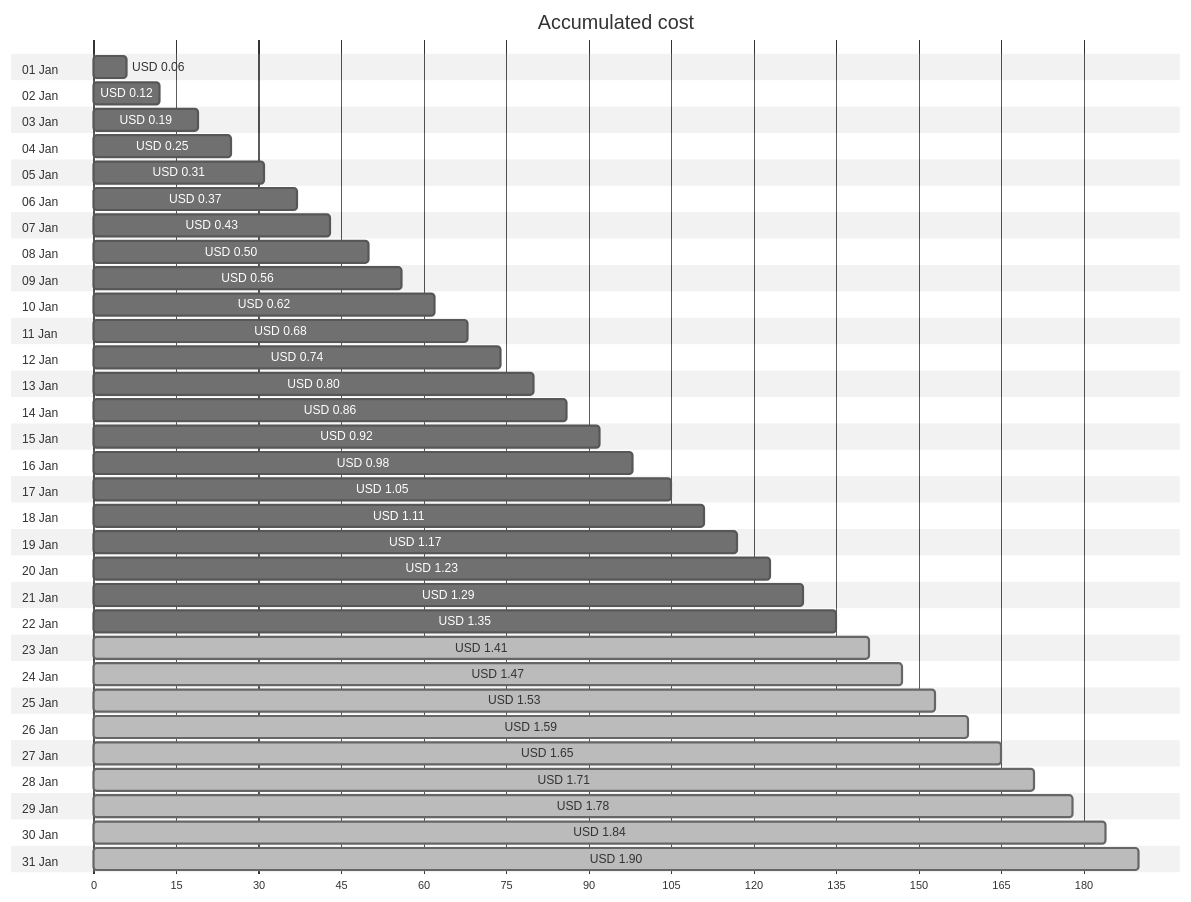
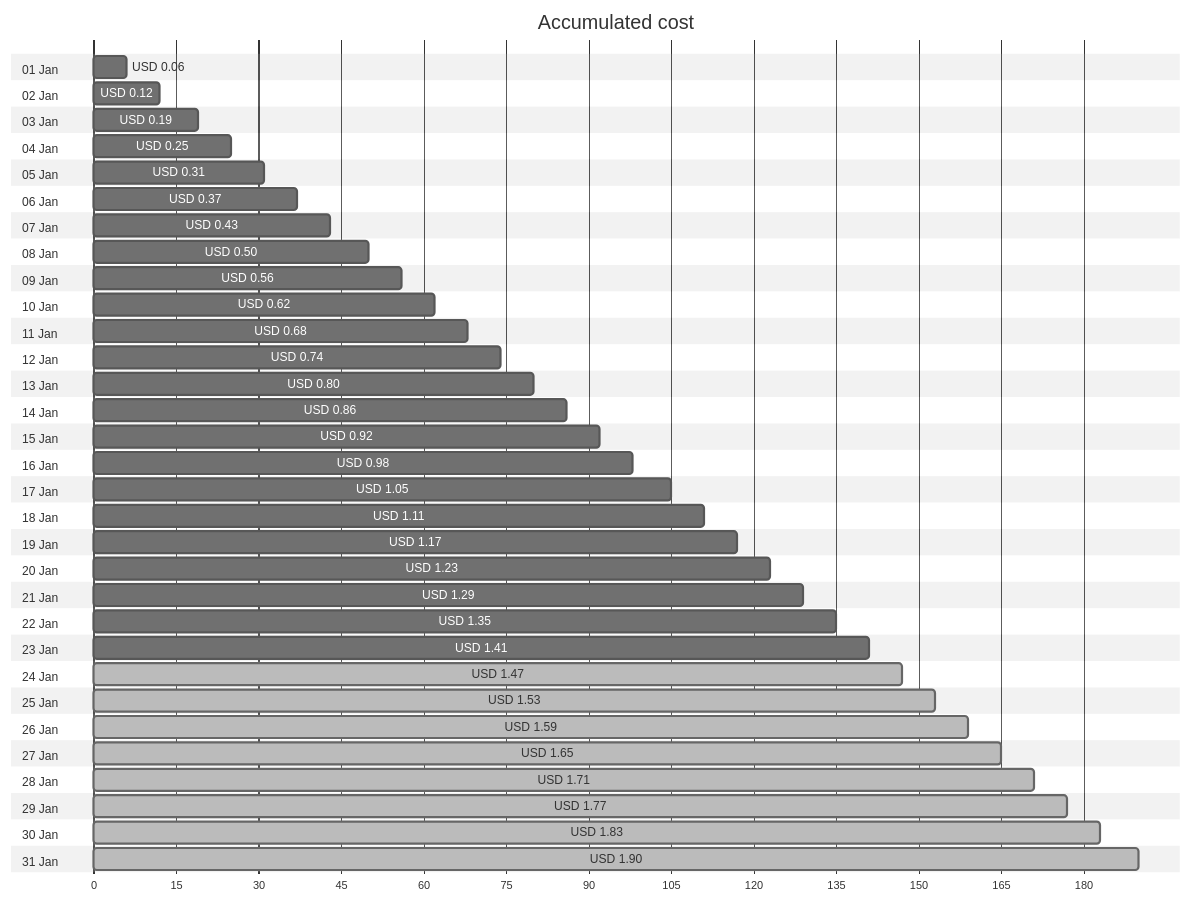
Before and after one commit to jpfulton/azure-personal-reports: the first of 4 diagrams in cost-reports/personal-network/backup-server_OsDisk.md, drawn with Mermaid (neutral theme). The commit also changed other lines of this file and 8 other files, not shown here.

````diff
--- a/cost-reports/personal-network/backup-server_OsDisk.md
+++ b/cost-reports/personal-network/backup-server_OsDisk.md
@@ -20,68 +20,68 @@
 ```mermaid
 gantt
    title Accumulated cost
    dateFormat  X
    axisFormat %s
    section 01 Jan
    USD 0.06 :0, 6
    section 02 Jan
    USD 0.12 :0, 12
    section 03 Jan
    USD 0.19 :0, 19
    section 04 Jan
    USD 0.25 :0, 25
    section 05 Jan
    USD 0.31 :0, 31
    section 06 Jan
    USD 0.37 :0, 37
    section 07 Jan
    USD 0.43 :0, 43
    section 08 Jan
    USD 0.50 :0, 50
    section 09 Jan
    USD 0.56 :0, 56
    section 10 Jan
    USD 0.62 :0, 62
    section 11 Jan
    USD 0.68 :0, 68
    section 12 Jan
    USD 0.74 :0, 74
    section 13 Jan
    USD 0.80 :0, 80
    section 14 Jan
    USD 0.86 :0, 86
    section 15 Jan
    USD 0.92 :0, 92
    section 16 Jan
    USD 0.98 :0, 98
    section 17 Jan
    USD 1.05 :0, 105
    section 18 Jan
    USD 1.11 :0, 111
    section 19 Jan
    USD 1.17 :0, 117
    section 20 Jan
    USD 1.23 :0, 123
    section 21 Jan
    USD 1.29 :0, 129
    section 22 Jan
    USD 1.35 :0, 135
    section 23 Jan
-   USD 1.41 : done, 0, 141
+   USD 1.41 :0, 141
    section 24 Jan
    USD 1.47 : done, 0, 147
    section 25 Jan
    USD 1.53 : done, 0, 153
    section 26 Jan
    USD 1.59 : done, 0, 159
    section 27 Jan
    USD 1.65 : done, 0, 165
    section 28 Jan
    USD 1.71 : done, 0, 171
    section 29 Jan
-   USD 1.78 : done, 0, 178
+   USD 1.77 : done, 0, 177
    section 30 Jan
-   USD 1.84 : done, 0, 184
+   USD 1.83 : done, 0, 183
    section 31 Jan
    USD 1.90 : done, 0, 190
 ```
````
